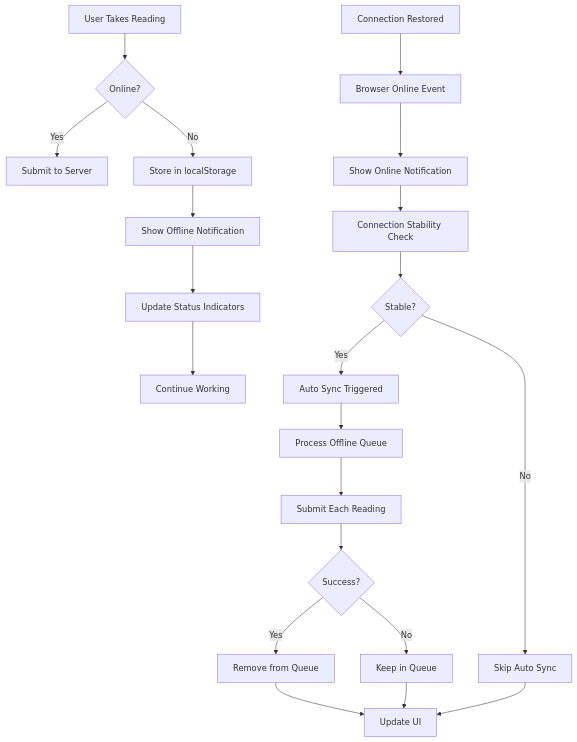
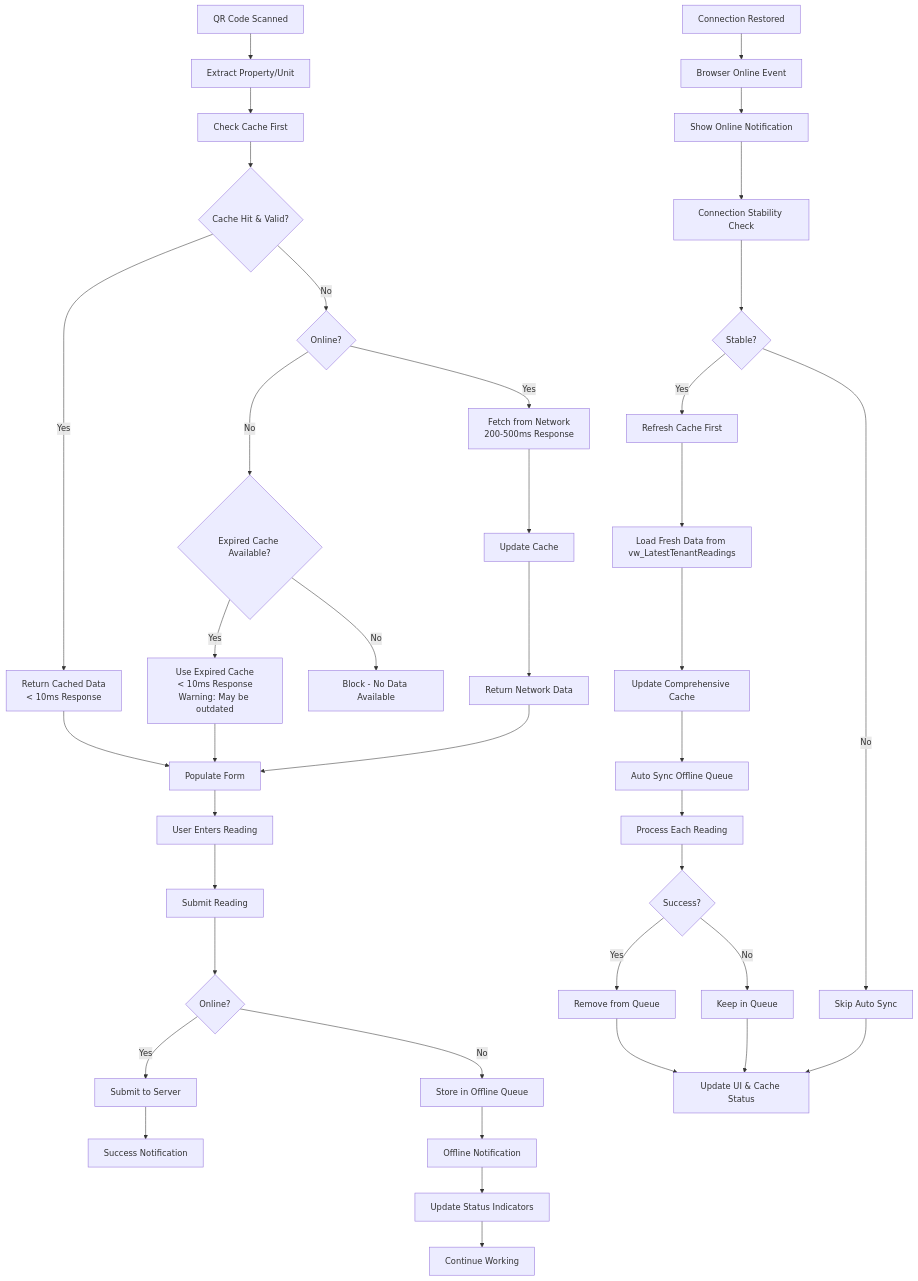
The sixth of 6 diagrams in documents/tenant-reading-workflow.md (bhurn02/rms-invoicing), drawn with Mermaid before and after one commit. The commit also changed other lines of this file and 8 other files, not shown here.

First line of the commit message:
feat: Enhance Phase 9 Offline Data Integrity - Cache-First Strategy with Connection Restore

````diff
--- a/documents/tenant-reading-workflow.md
+++ b/documents/tenant-reading-workflow.md
@@ -199,24 +199,43 @@
 ```mermaid
 flowchart TD
-    A[User Takes Reading] --> B{Online?}
-    B -->|Yes| C[Submit to Server]
-    B -->|No| D[Store in localStorage]
-    D --> E[Show Offline Notification]
-    E --> F[Update Status Indicators]
-    F --> G[Continue Working]
+    A[QR Code Scanned] --> B[Extract Property/Unit]
+    B --> C[Check Cache First]
+    C --> D{Cache Hit & Valid?}
+    D -->|Yes| E[Return Cached Data<br/>< 10ms Response]
+    D -->|No| F{Online?}
+    F -->|Yes| G[Fetch from Network<br/>200-500ms Response]
+    F -->|No| H{Expired Cache Available?}
+    H -->|Yes| I[Use Expired Cache<br/>< 10ms Response<br/>Warning: May be outdated]
+    H -->|No| J[Block - No Data Available]
+    G --> K[Update Cache]
+    K --> L[Return Network Data]
+    E --> M[Populate Form]
+    I --> M
+    L --> M
+    M --> N[User Enters Reading]
+    N --> O[Submit Reading]
+    O --> P{Online?}
+    P -->|Yes| Q[Submit to Server]
+    P -->|No| R[Store in Offline Queue]
+    Q --> S[Success Notification]
+    R --> T[Offline Notification]
+    T --> U[Update Status Indicators]
+    U --> V[Continue Working]
     
-    H[Connection Restored] --> I[Browser Online Event]
-    I --> J[Show Online Notification]
-    J --> K[Connection Stability Check]
-    K --> L{Stable?}
-    L -->|Yes| M[Auto Sync Triggered]
-    L -->|No| N[Skip Auto Sync]
-    M --> O[Process Offline Queue]
-    O --> P[Submit Each Reading]
-    P --> Q{Success?}
-    Q -->|Yes| R[Remove from Queue]
-    Q -->|No| S[Keep in Queue]
-    R --> T[Update UI]
-    S --> T
-    N --> T
+    W[Connection Restored] --> X[Browser Online Event]
+    X --> Y[Show Online Notification]
+    Y --> Z[Connection Stability Check]
+    Z --> AA{Stable?}
+    AA -->|Yes| BB[Refresh Cache First]
+    AA -->|No| CC[Skip Auto Sync]
+    BB --> DD[Load Fresh Data from vw_LatestTenantReadings]
+    DD --> EE[Update Comprehensive Cache]
+    EE --> FF[Auto Sync Offline Queue]
+    FF --> GG[Process Each Reading]
+    GG --> HH{Success?}
+    HH -->|Yes| II[Remove from Queue]
+    HH -->|No| JJ[Keep in Queue]
+    II --> KK[Update UI & Cache Status]
+    JJ --> KK
+    CC --> KK
 ```
````
